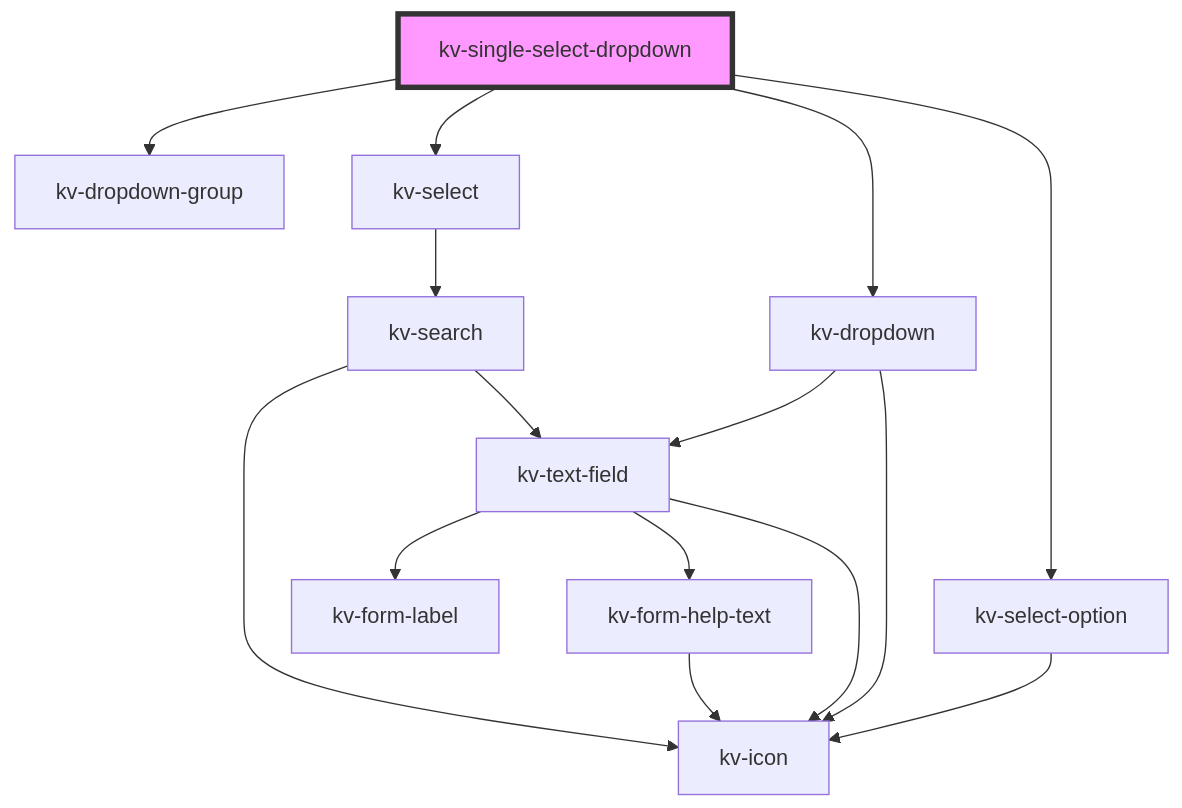
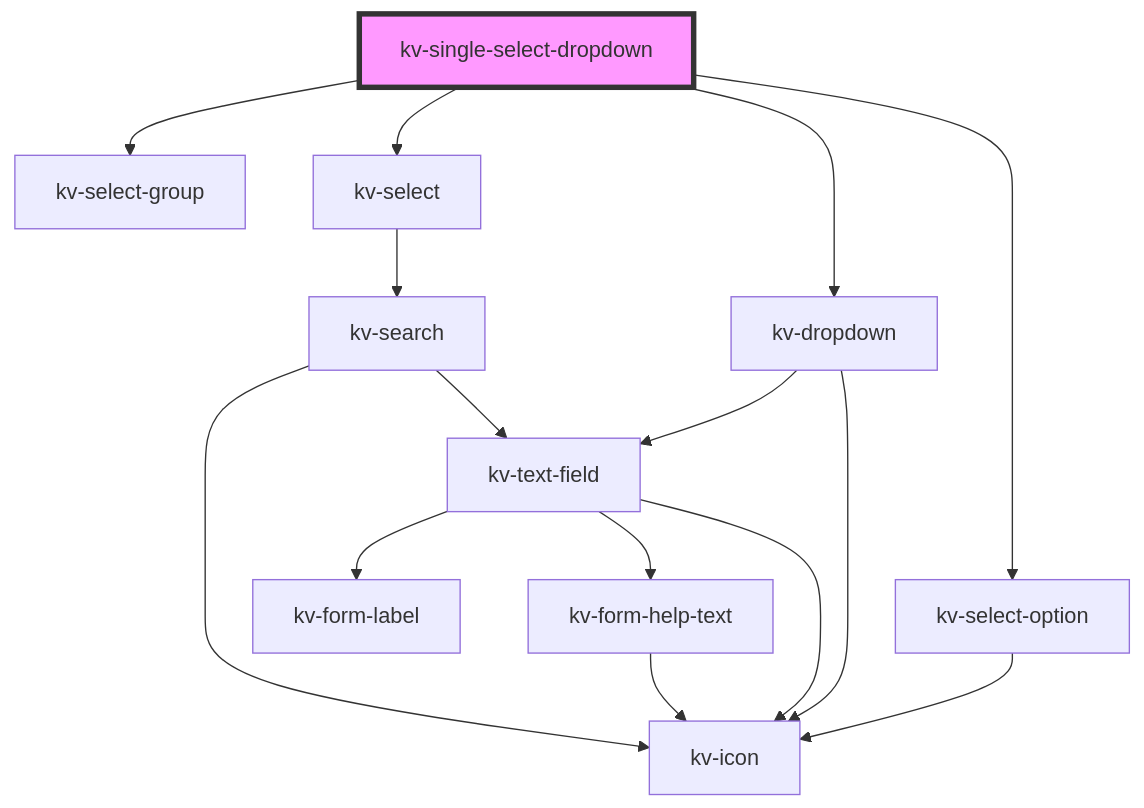
One commit to kelvininc/ui-components changed the diagram in packages/ui-components/src/components/single-select-dropdown/readme.md. Above: the diagram before and after it, drawn with Mermaid. The commit also changed other lines of this file and 16 other files, not shown here.

First line of the commit message:
refactor(dropdown-groups)!: rename `dropdown-group` to `select-group`

````diff
--- a/packages/ui-components/src/components/single-select-dropdown/readme.md
+++ b/packages/ui-components/src/components/single-select-dropdown/readme.md
@@ -89,18 +89,18 @@
 ```mermaid
 graph TD;
-  kv-single-select-dropdown --> kv-dropdown-group
+  kv-single-select-dropdown --> kv-select-group
   kv-single-select-dropdown --> kv-select-option
   kv-single-select-dropdown --> kv-dropdown
   kv-single-select-dropdown --> kv-select
   kv-select-option --> kv-icon
   kv-dropdown --> kv-text-field
   kv-dropdown --> kv-icon
   kv-text-field --> kv-form-label
   kv-text-field --> kv-icon
   kv-text-field --> kv-form-help-text
   kv-form-help-text --> kv-icon
   kv-select --> kv-search
   kv-search --> kv-text-field
   kv-search --> kv-icon
   style kv-single-select-dropdown fill:#f9f,stroke:#333,stroke-width:4px
 ```
````
